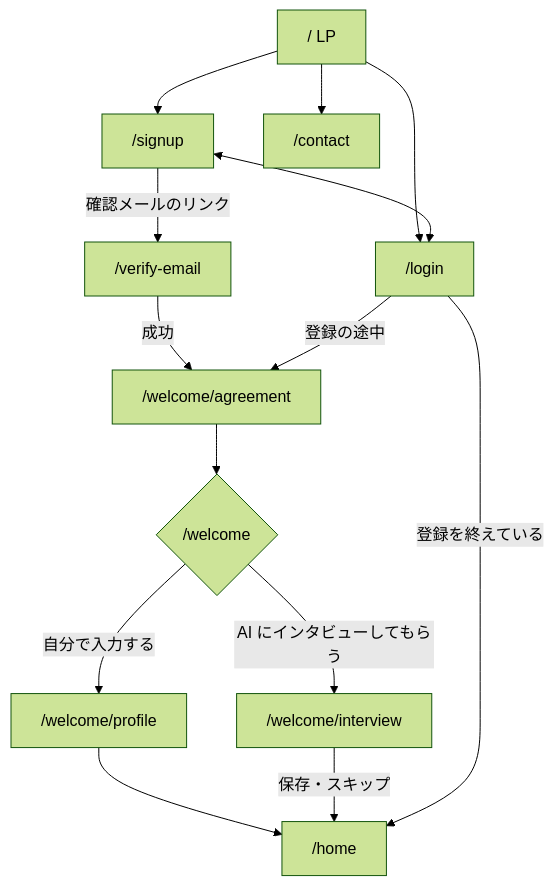
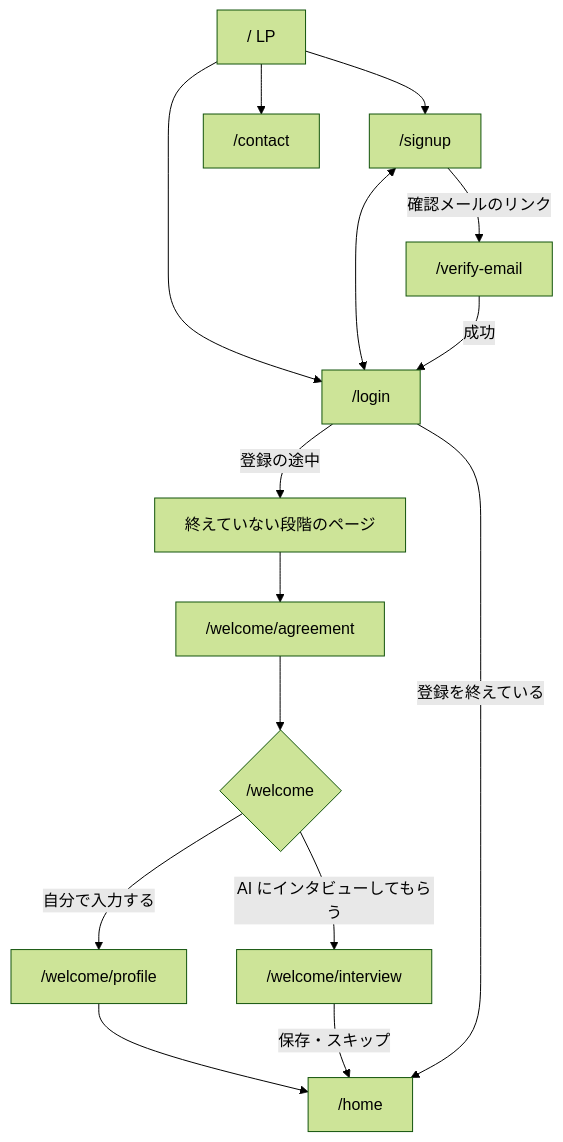
The second of 3 diagrams in apps/wiki/content/docs/pages/user-layout.md (masseater/typescript-template), drawn with Mermaid (forest theme) before and after one commit. The commit also changed other lines of this file and 9 other files, not shown here.

````diff
--- a/apps/wiki/content/docs/pages/user-layout.md
+++ b/apps/wiki/content/docs/pages/user-layout.md
@@ -132,16 +143,17 @@
 ```mermaid
 flowchart TD
   lp["/ LP"] --> signup["/signup"]
   lp --> login["/login"]
   lp --> contact["/contact"]
   signup <--> login
   signup -- 確認メールのリンク --> verify["/verify-email"]
-  verify -- 成功 --> agree["/welcome/agreement"]
+  verify -- 成功 --> login
+  login -- 登録の途中 --> step["終えていない段階のページ"]
+  step --> agree["/welcome/agreement"]
   agree --> choose{"/welcome"}
   choose -- 自分で入力する --> basic["/welcome/profile"]
   choose -- AI にインタビューしてもらう --> interview["/welcome/interview"]
   basic --> home["/home"]
   interview -- "保存・スキップ" --> home
-  login -- 登録の途中 --> agree
   login -- 登録を終えている --> home
 ```
````
